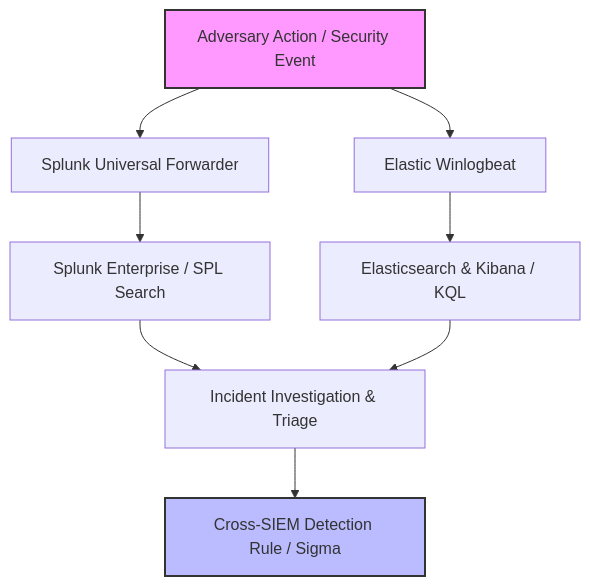
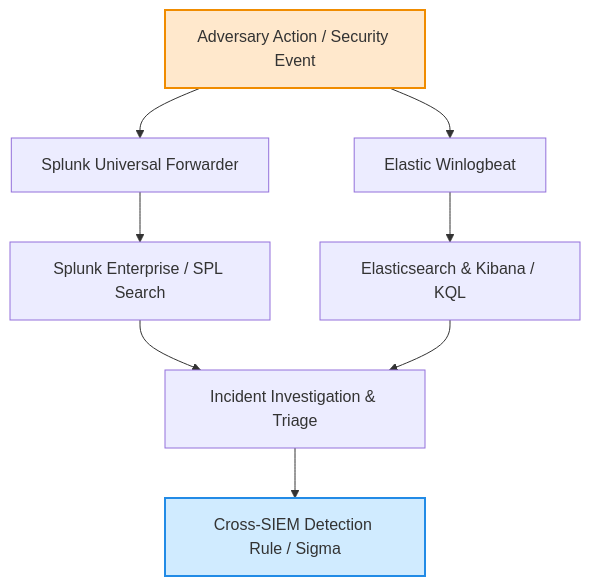
One commit to salkaev/Dual-SIEM-Active-Directory-Detection-Lab-Splunk-Elastic changed the diagram in README.md. Above: the diagram before and after it, drawn with Mermaid.

Commit message:
fix: change telemetry diagram colors

````diff
--- a/README.md
+++ b/README.md
@@ -69,17 +69,17 @@
 ```mermaid
 flowchart TD
     Event[Adversary Action / Security Event] --> SUF[Splunk Universal Forwarder]
     Event --> EWB[Elastic Winlogbeat]
 
     SUF --> Splunk[Splunk Enterprise / SPL Search]
     EWB --> Kibana[Elasticsearch & Kibana / KQL]
 
     Splunk --> Inv[Incident Investigation & Triage]
     Kibana --> Inv
 
     Inv --> Rule[Cross-SIEM Detection Rule / Sigma]
 
-    style Event fill:#f9f,stroke:#333,stroke-width:2px
-    style Rule fill:#bbf,stroke:#333,stroke-width:2px
+    style Event fill:#ffe8cc,stroke:#f08c00,stroke-width:2px
+    style Rule fill:#d0ebff,stroke:#228be6,stroke-width:2px
 
 ```
````
